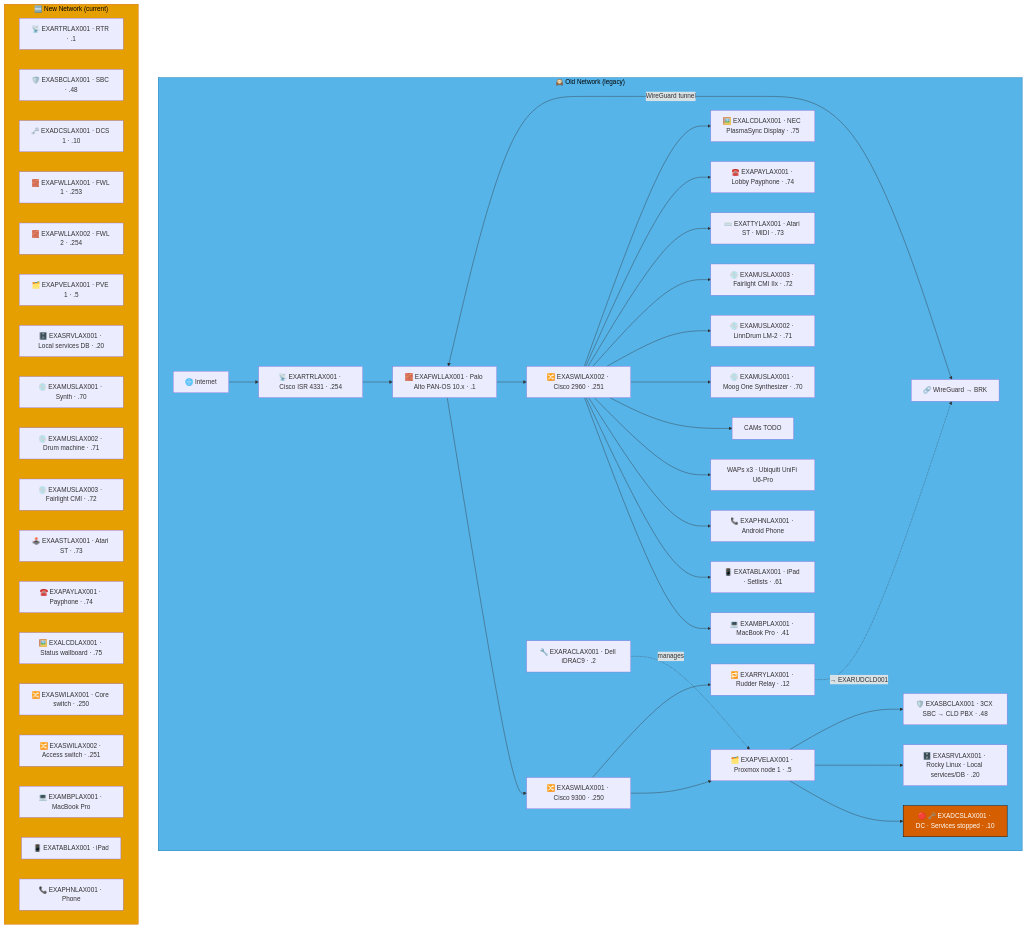
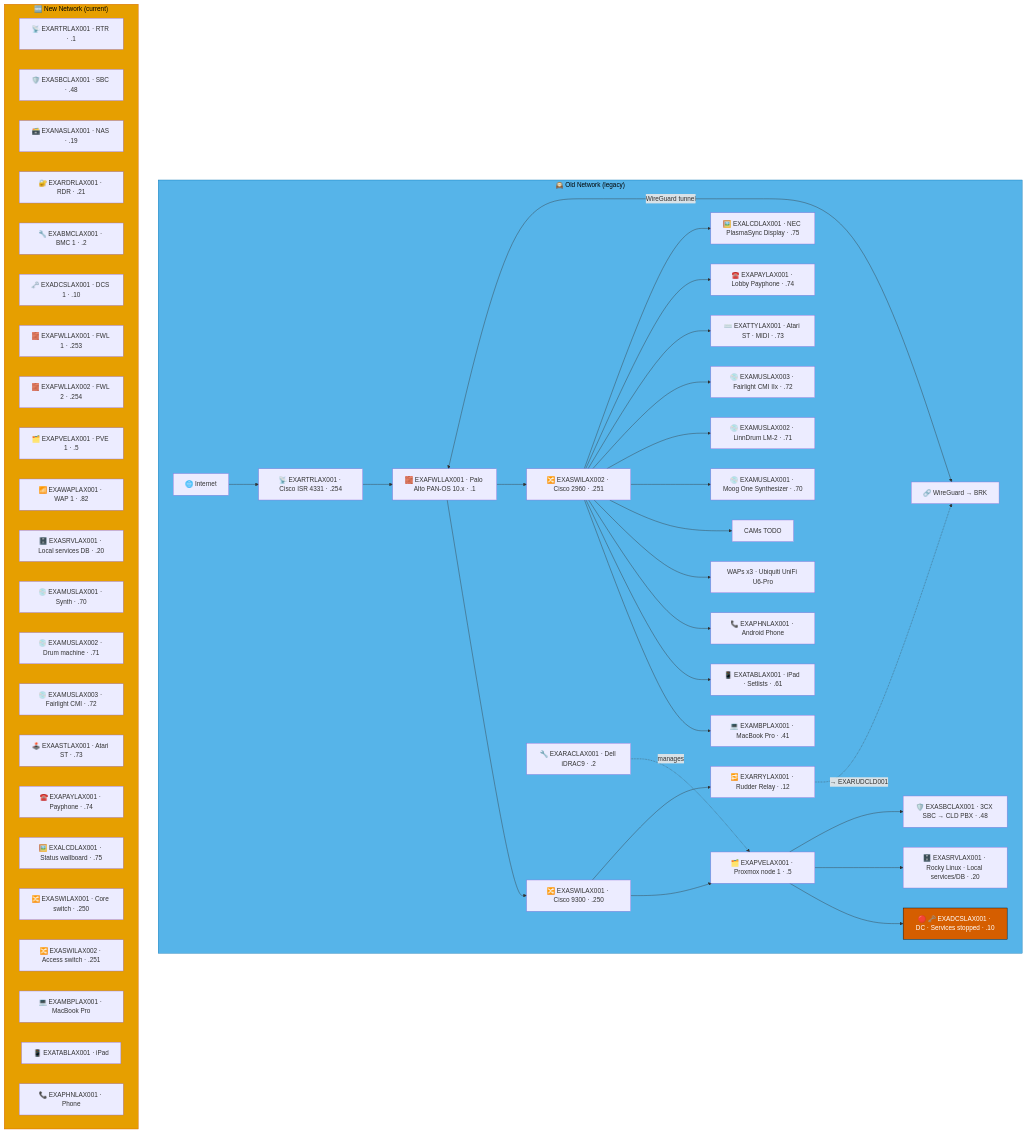
Before and after one commit to knightmare2600/example_music_infra: the first of 8 diagrams in docs/network-diagram/united-states.md, drawn with Mermaid. The commit also changed other lines of this file and 15 other files, not shown here.

````diff
--- a/docs/network-diagram/united-states.md
+++ b/docs/network-diagram/united-states.md
@@ -17,64 +17,68 @@
 ```mermaid
 graph TD
     subgraph OLD_LAX ["🕰️ Old Network (legacy)"]
       INET["🌐 Internet"]
       FWL["🧱 EXAFWLLAX001 · Palo Alto PAN-OS 10.x · .1"]
       SW1["🔀 EXASWILAX001 · Cisco 9300 · .250"]
       SW2["🔀 EXASWILAX002 · Cisco 2960 · .251"]
       RTR["📡 EXARTRLAX001 · Cisco ISR 4331 · .254"]
       RAC["🔧 EXARACLAX001 · Dell iDRAC9 · .2"]
       PVE["🗂️ EXAPVELAX001 · Proxmox node 1 · .5"]
       DC["🔴 🗝️ EXADCSLAX001 · DC · Services stopped · .10"]
       SRV["🗄️ EXASRVLAX001 · Rocky Linux · Local services/DB · .20"]
       SBC["🛡️ EXASBCLAX001 · 3CX SBC → CLD PBX · .48"]
       RRY["🔁 EXARRYLAX001 · Rudder Relay · .12"]
       MBP["💻 EXAMBPLAX001 · MacBook Pro · .41"]
       TAB["📱 EXATABLAX001 · iPad · Setlists · .61"]
       PHN["📞 EXAPHNLAX001 · Android Phone"]
       WAP["WAPs x3 · Ubiquiti UniFi U6-Pro"]
       CAM["CAMs TODO"]
       MOO["💿 EXAMUSLAX001 · Moog One Synthesizer · .70"]
       LIN["💿 EXAMUSLAX002 · LinnDrum LM-2 · .71"]
       FCL["💿 EXAMUSLAX003 · Fairlight CMI IIx · .72"]
       AST["⌨️ EXATTYLAX001 · Atari ST · MIDI · .73"]
       PAY["☎️ EXAPAYLAX001 · Lobby Payphone · .74"]
       LCD["🖼️ EXALCDLAX001 · NEC PlasmaSync Display · .75"]
       VPN["🔗 WireGuard → BRK"]
 
       INET --> RTR --> FWL --> SW1 & SW2
       SW1 --> PVE --> DC & SRV & SBC
       RAC -.->|"manages"| PVE
       SW2 --> MBP & TAB & PHN & WAP & CAM
       SW2 --> MOO & LIN & FCL & AST & PAY & LCD
       FWL <-->|"WireGuard tunnel"| VPN
 
       SW1 --> RRY
       RRY -. "→ EXARUDCLD001" .-> VPN
     end
     style OLD_LAX fill:#56B4E9,stroke:#0072B2,color:#000000
     %% GENERATED:NEW-NETWORK:LAX:START
     subgraph NEW_LAX ["🆕 New Network (current)"]
       N_RTR["📡 EXARTRLAX001 · RTR · .1"]
       N_SBC["🛡️ EXASBCLAX001 · SBC · .48"]
+      N_NAS["🗃️ EXANASLAX001 · NAS · .19"]
+      N_RDR["🔐 EXARDRLAX001 · RDR · .21"]
+      N_BMC["🔧 EXABMCLAX001 · BMC 1 · .2"]
       N_DCS["🗝️ EXADCSLAX001 · DCS 1 · .10"]
       N_FWL["🧱 EXAFWLLAX001 · FWL 1 · .253"]
       N_FWL2["🧱 EXAFWLLAX002 · FWL 2 · .254"]
       N_PVE["🗂️ EXAPVELAX001 · PVE 1 · .5"]
+      N_WAP["📶 EXAWAPLAX001 · WAP 1 · .82"]
       N_SRV["🗄️ EXASRVLAX001 · Local services DB · .20"]
       N_MUS["💿 EXAMUSLAX001 · Synth · .70"]
       N_MUS2["💿 EXAMUSLAX002 · Drum machine · .71"]
       N_MUS3["💿 EXAMUSLAX003 · Fairlight CMI · .72"]
       N_AST["🕹️ EXAASTLAX001 · Atari ST · .73"]
       N_PAY["☎️ EXAPAYLAX001 · Payphone · .74"]
       N_LCD["🖼️ EXALCDLAX001 · Status wallboard · .75"]
       N_SWI["🔀 EXASWILAX001 · Core switch · .250"]
       N_SWI2["🔀 EXASWILAX002 · Access switch · .251"]
       N_MBP["💻 EXAMBPLAX001 · MacBook Pro"]
       N_TAB["📱 EXATABLAX001 · iPad"]
       N_PHN["📞 EXAPHNLAX001 · Phone"]
     end
     style NEW_LAX fill:#E69F00,stroke:#D55E00,color:#000000
     %% GENERATED:NEW-NETWORK:LAX:END
     classDef warn fill:#D55E00,stroke:#000000,color:#ffffff
     class DC warn
 ```
````
